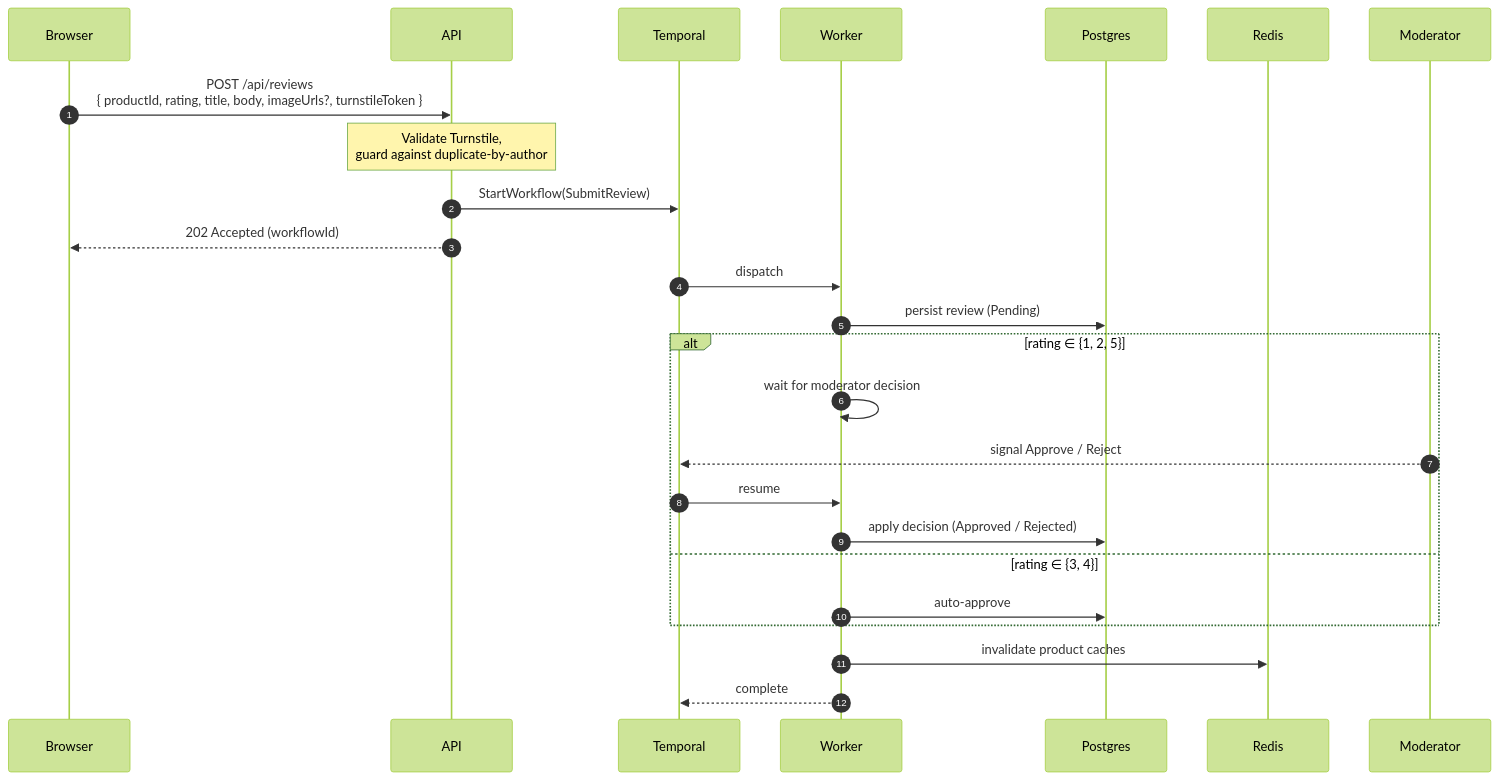
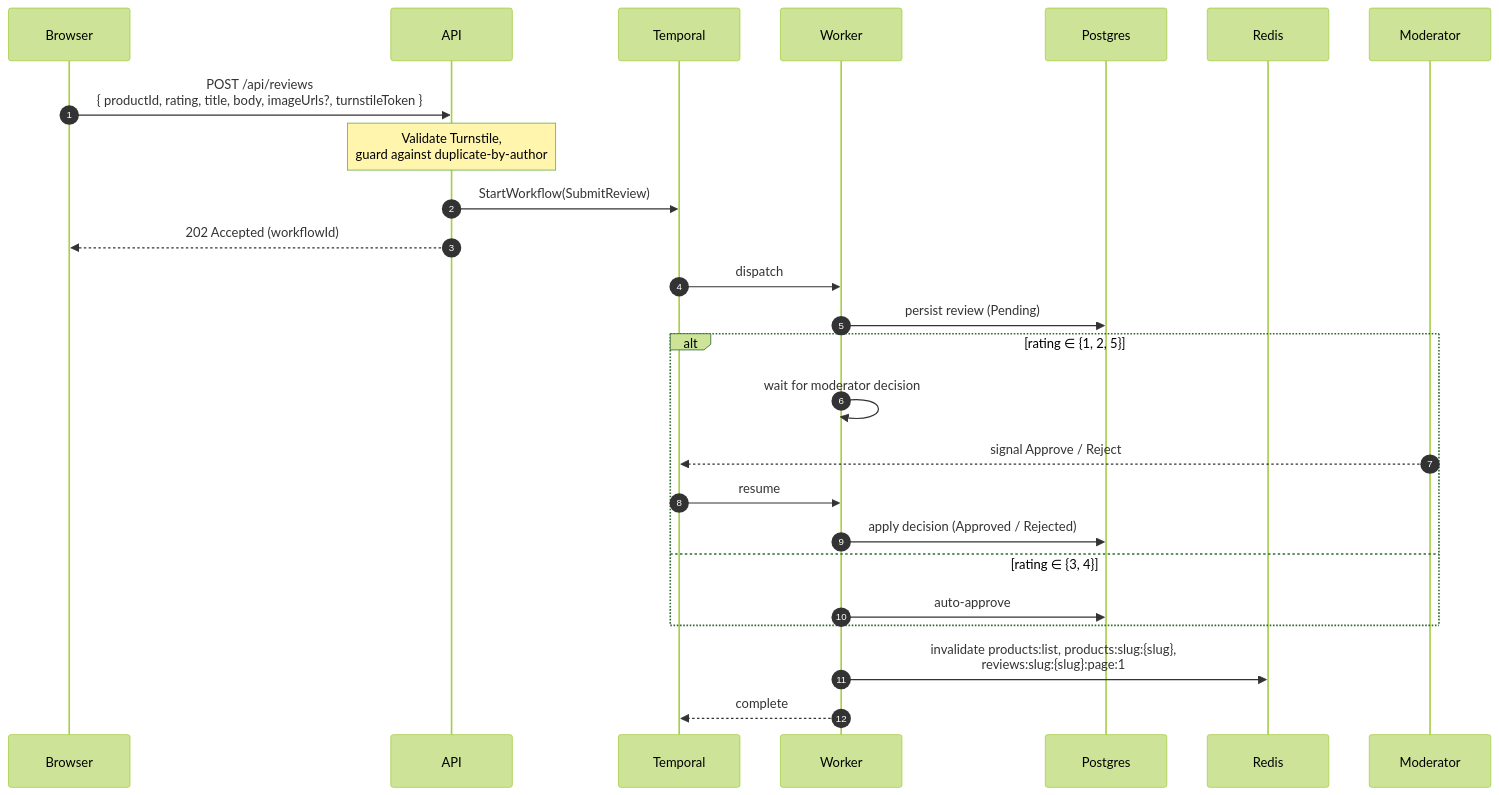
Before and after one commit to KaliCZ/reviews: the sixth of 12 diagrams in docs/flows.md, drawn with Mermaid (forest theme). The commit also changed other lines of this file, not shown here.

First line of the commit message:
Restore named cache-key endpoints in product-flow diagrams

````diff
--- a/docs/flows.md
+++ b/docs/flows.md
@@ -179,31 +179,31 @@
 ```mermaid
 sequenceDiagram
     autonumber
     participant B as Browser
     participant A as API
     participant T as Temporal
     participant W as Worker
     participant P as Postgres
     participant R as Redis
     participant M as Moderator
 
     B->>A: POST /api/reviews<br/>{ productId, rating, title, body, imageUrls?, turnstileToken }
     Note over A: Validate Turnstile,<br/>guard against duplicate-by-author
     A->>T: StartWorkflow(SubmitReview)
     A-->>B: 202 Accepted (workflowId)
 
     T->>W: dispatch
     W->>P: persist review (Pending)
 
     alt rating ∈ {1, 2, 5}
         W->>W: wait for moderator decision
         M-->>T: signal Approve / Reject
         T->>W: resume
         W->>P: apply decision (Approved / Rejected)
     else rating ∈ {3, 4}
         W->>P: auto-approve
     end
 
-    W->>R: invalidate product caches
+    W->>R: invalidate products:list, products:slug:{slug},<br/>reviews:slug:{slug}:page:1
     W-->>T: complete
 ```
````
